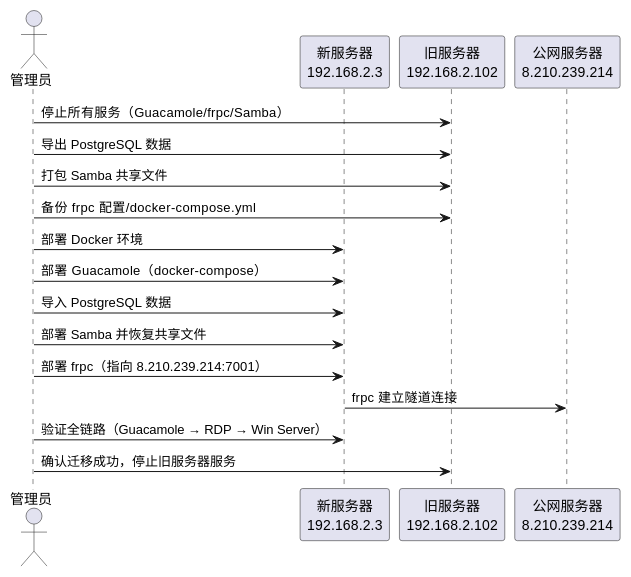
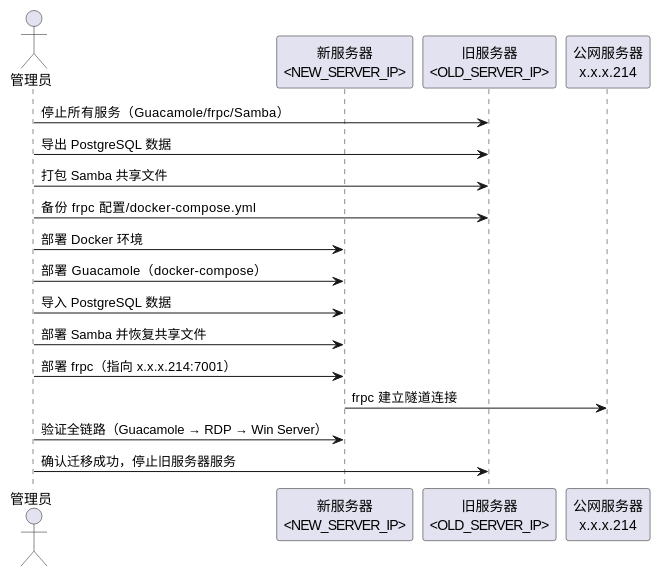
One commit to wujupeng/HTKISCloudOffice changed the second of 4 diagrams in specs/cloud-office-mvp-enhancement/spec.md. Above: the diagram before and after it, drawn with PlantUML. The commit also changed other lines of this file and 12 other files, not shown here.

````diff
--- a/specs/cloud-office-mvp-enhancement/spec.md
+++ b/specs/cloud-office-mvp-enhancement/spec.md
@@ -175,21 +175,21 @@
 ```plantuml
 @startuml
 actor 管理员 as admin
-participant "新服务器\n192.168.2.3" as new
-participant "旧服务器\n192.168.2.102" as old
-participant "公网服务器\n8.210.239.214" as pub
+participant "新服务器\n<NEW_SERVER_IP>" as new
+participant "旧服务器\n<OLD_SERVER_IP>" as old
+participant "公网服务器\nx.x.x.214" as pub
 
 admin -> old : 停止所有服务（Guacamole/frpc/Samba）
 admin -> old : 导出 PostgreSQL 数据
 admin -> old : 打包 Samba 共享文件
 admin -> old : 备份 frpc 配置/docker-compose.yml
 admin -> new : 部署 Docker 环境
 admin -> new : 部署 Guacamole（docker-compose）
 admin -> new : 导入 PostgreSQL 数据
 admin -> new : 部署 Samba 并恢复共享文件
-admin -> new : 部署 frpc（指向 8.210.239.214:7001）
+admin -> new : 部署 frpc（指向 x.x.x.214:7001）
 new -> pub : frpc 建立隧道连接
 admin -> new : 验证全链路（Guacamole → RDP → Win Server）
 admin -> old : 确认迁移成功，停止旧服务器服务
 @enduml
 ```
````
